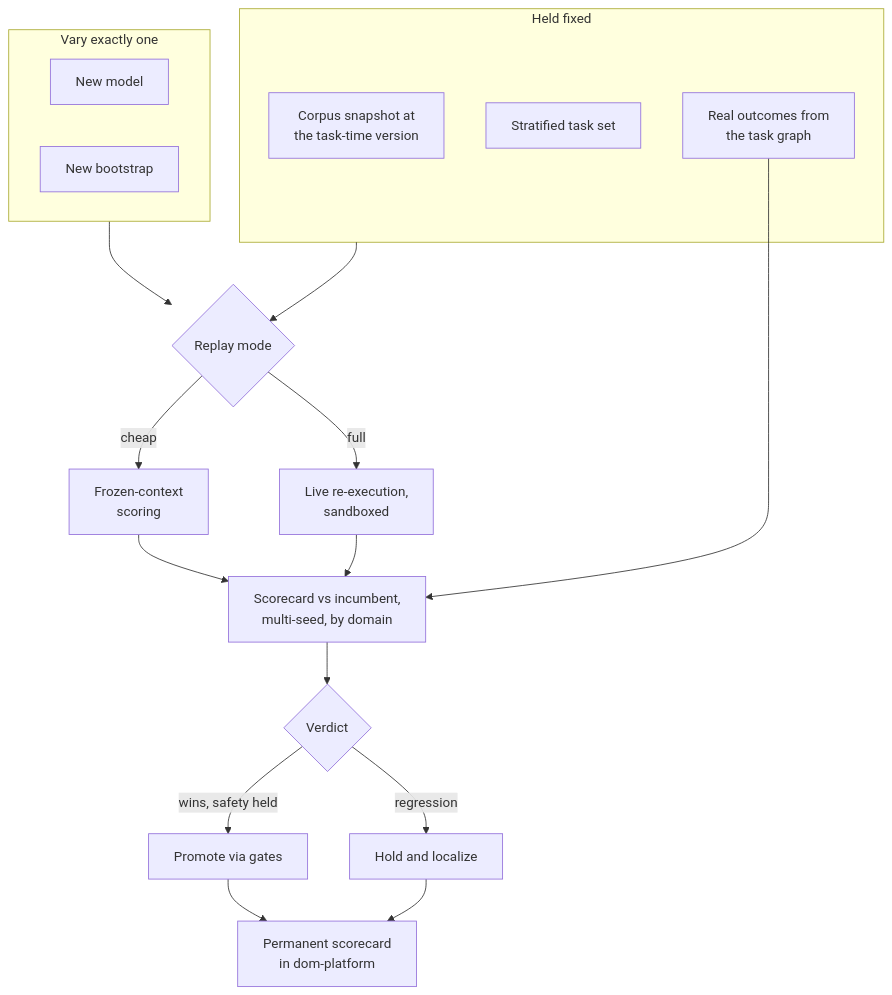
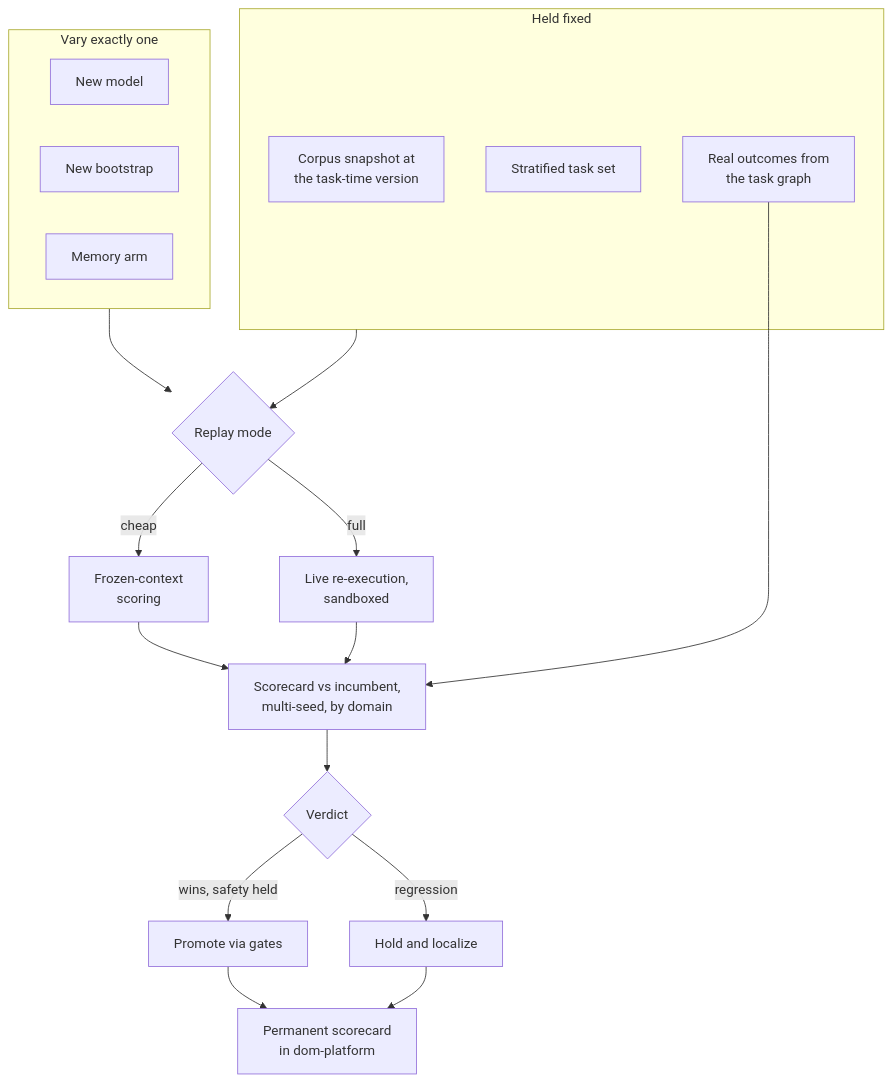
Diagram 13 of 14 in docs/durable-memory-for-disposable-agents.md (apache/tooling-memory), drawn with Mermaid before and after one commit. The commit also changed other lines of this file, not shown here.

First line of the commit message:
Memory paper: make evaluation built in, and test memory against no memory

````diff
--- a/docs/durable-memory-for-disposable-agents.md
+++ b/docs/durable-memory-for-disposable-agents.md
@@ -823,24 +836,25 @@
 ```mermaid
 flowchart TD
     subgraph FIX["Held fixed"]
         SNAP["Corpus snapshot at<br/>the task-time version"]
         TASKS["Stratified task set"]
         LAB["Real outcomes from<br/>the task graph"]
     end
     subgraph SUT["Vary exactly one"]
         MODEL["New model"]
         BOOT["New bootstrap"]
+        MEM["Memory arm"]
     end
     FIX --> RP{"Replay mode"}
     SUT --> RP
     RP -- cheap --> FC["Frozen-context<br/>scoring"]
     RP -- full --> LE["Live re-execution,<br/>sandboxed"]
     FC --> SC["Scorecard vs incumbent,<br/>multi-seed, by domain"]
     LE --> SC
     LAB --> SC
     SC --> V{"Verdict"}
     V -- "wins, safety held" --> PROM["Promote via gates"]
     V -- regression --> HOLD["Hold and localize"]
     PROM --> RECX["Permanent scorecard<br/>in dom-platform"]
     HOLD --> RECX
 ```
````
